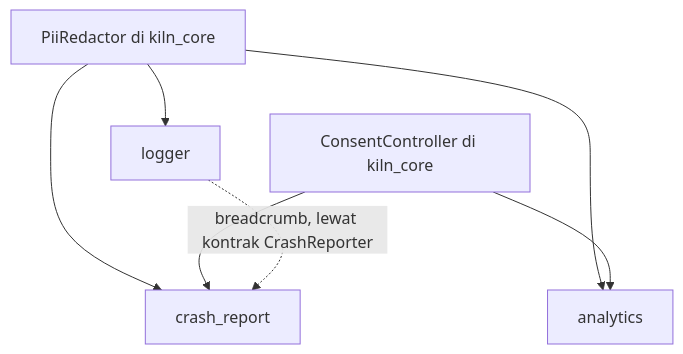
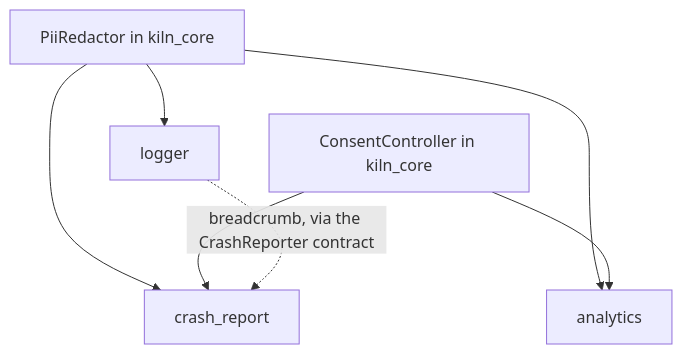
One commit to MTegarPamungkas/kiln changed the diagram in docs/_wip/part_10.md. Above: the diagram before and after it, drawn with Mermaid. The commit also changed other lines of this file and 121 other files, not shown here.

````diff
--- a/docs/_wip/part_10.md
+++ b/docs/_wip/part_10.md
@@ -9,14 +9,14 @@
 ```mermaid
 flowchart TD
-    PII[PiiRedactor di kiln_core]
-    CON[ConsentController di kiln_core]
+    PII[PiiRedactor in kiln_core]
+    CON[ConsentController in kiln_core]
     LOG[logger]
     ANA[analytics]
     CRA[crash_report]
     PII --> LOG
     PII --> ANA
     PII --> CRA
     CON --> ANA
     CON --> CRA
-    LOG -. breadcrumb, lewat kontrak CrashReporter .-> CRA
+    LOG -. breadcrumb, via the CrashReporter contract .-> CRA
 ```
````
